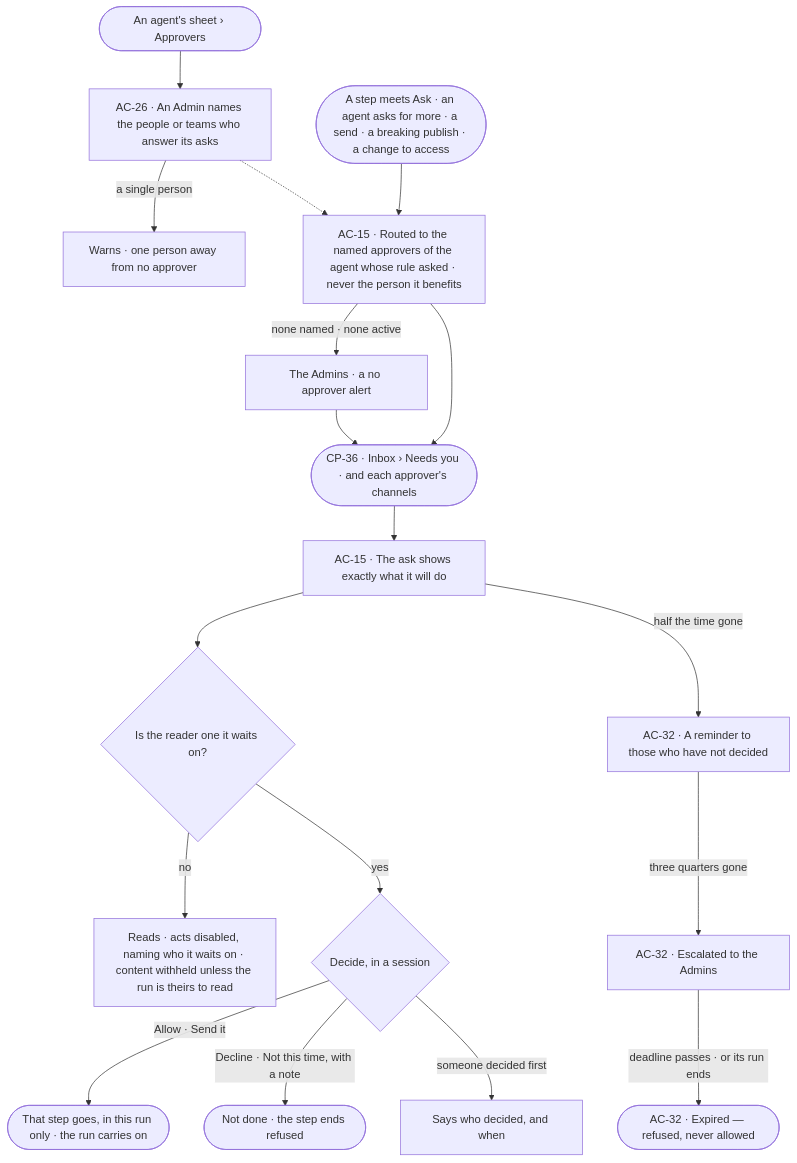
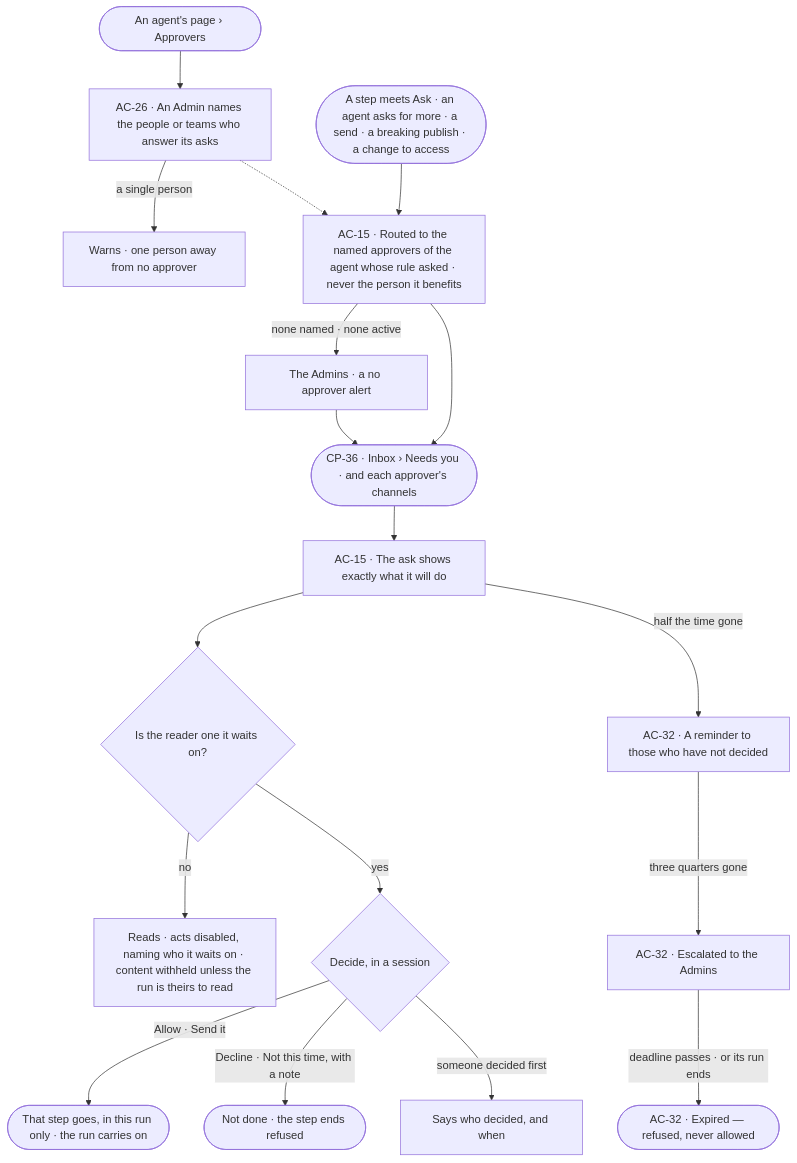
Before and after one commit to invana/invana: the first of 2 diagrams in specs/os/access/features/AC-F05-asks-and-approvals/feature.md, drawn with Mermaid. The commit also changed 133 other files, not shown here.

````diff
--- a/specs/os/access/features/AC-F05-asks-and-approvals/feature.md
+++ b/specs/os/access/features/AC-F05-asks-and-approvals/feature.md
@@ -26,20 +26,20 @@
 ```mermaid
 flowchart TD
-  sheet([An agent's sheet › Approvers]) --> named["AC-26 · An Admin names the people or teams who answer its asks"]
+  pg([An agent's page › Approvers]) --> named["AC-26 · An Admin names the people or teams who answer its asks"]
   named -->|a single person| warn["Warns · one person away from no approver"]
   named -.-> route
   ev([A step meets Ask · an agent asks for more · a send · a breaking publish · a change to access]) --> route["AC-15 · Routed to the named approvers of the agent whose rule asked · never the person it benefits"]
   route -->|none named · none active| adm["The Admins · a no approver alert"]
   adm --> inbox
   route --> inbox(["CP-36 · Inbox › Needs you · and each approver's channels"])
   inbox --> ask["AC-15 · The ask shows exactly what it will do"]
   ask --> who{"Is the reader one it waits on?"}
   who -->|no| ro["Reads · acts disabled, naming who it waits on · content withheld unless the run is theirs to read"]
   who -->|yes| dec{"Decide, in a session"}
   dec -->|Allow · Send it| go(["That step goes, in this run only · the run carries on"])
   dec -->|Decline · Not this time, with a note| no(["Not done · the step ends refused"])
   dec -->|someone decided first| first["Says who decided, and when"]
   ask -->|half the time gone| rem["AC-32 · A reminder to those who have not decided"]
   rem -->|three quarters gone| esc["AC-32 · Escalated to the Admins"]
   esc -->|deadline passes · or its run ends| exp(["AC-32 · Expired — refused, never allowed"])
 ```
````
